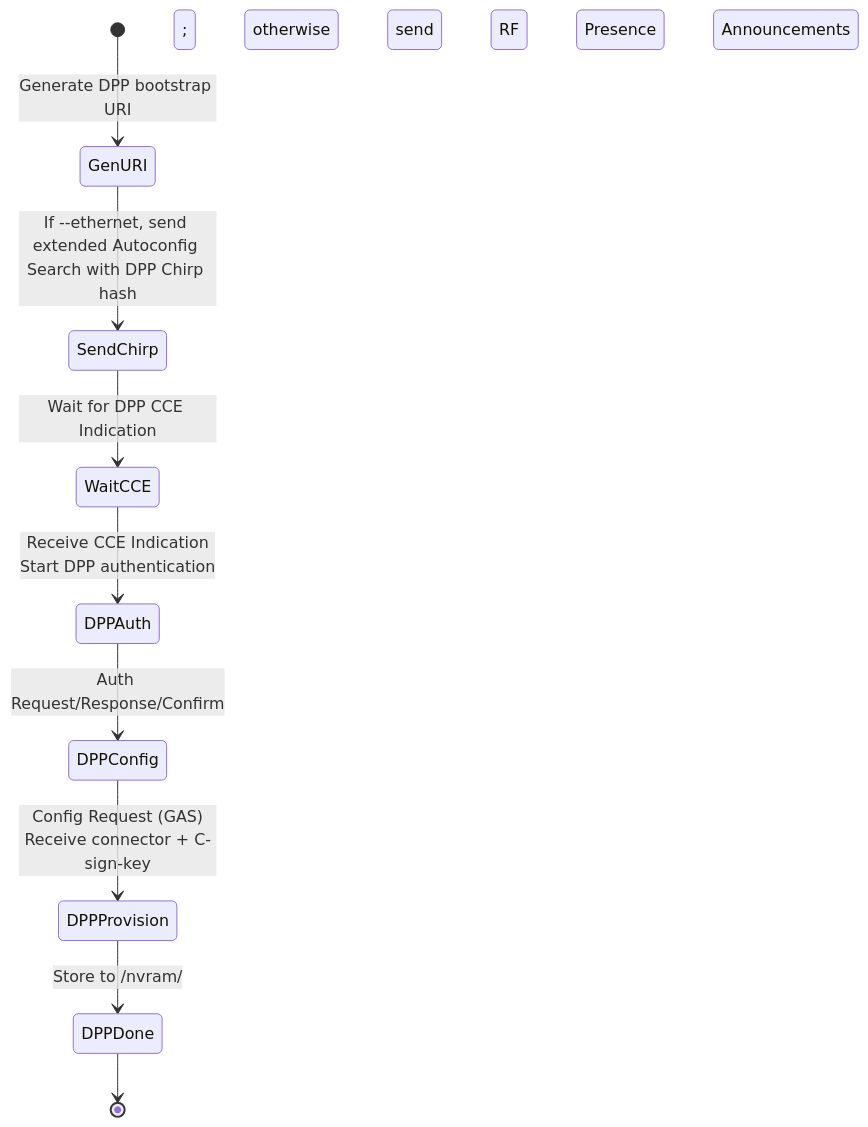
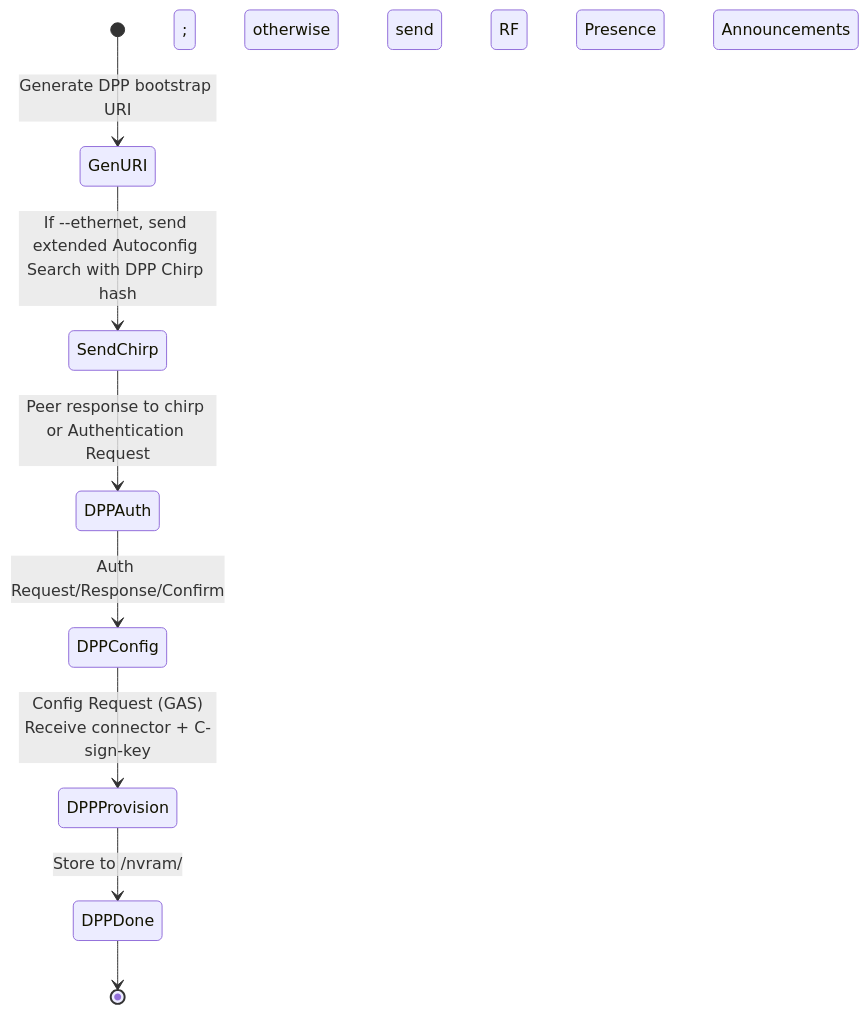
Before and after one commit to rdkcentral/unified-wifi-mesh: the eighth of 17 diagrams in docs/README.md, drawn with Mermaid. The commit also changed other lines of this file, not shown here.

````diff
--- a/docs/README.md
+++ b/docs/README.md
@@ -358,11 +358,10 @@
 ```mermaid
 stateDiagram-v2
     [*] --> GenURI: Generate DPP bootstrap URI
     GenURI --> SendChirp: If --ethernet, send extended Autoconfig Search with DPP Chirp hash; otherwise send RF Presence Announcements
-    SendChirp --> WaitCCE: Wait for DPP CCE Indication
-    WaitCCE --> DPPAuth: Receive CCE Indication<br/>Start DPP authentication
+    SendChirp --> DPPAuth: Peer response to chirp or Authentication Request
     DPPAuth --> DPPConfig: Auth Request/Response/Confirm
     DPPConfig --> DPPProvision: Config Request (GAS)<br/>Receive connector + C-sign-key
     DPPProvision --> DPPDone: Store to /nvram/
     DPPDone --> [*]
 ```
````
